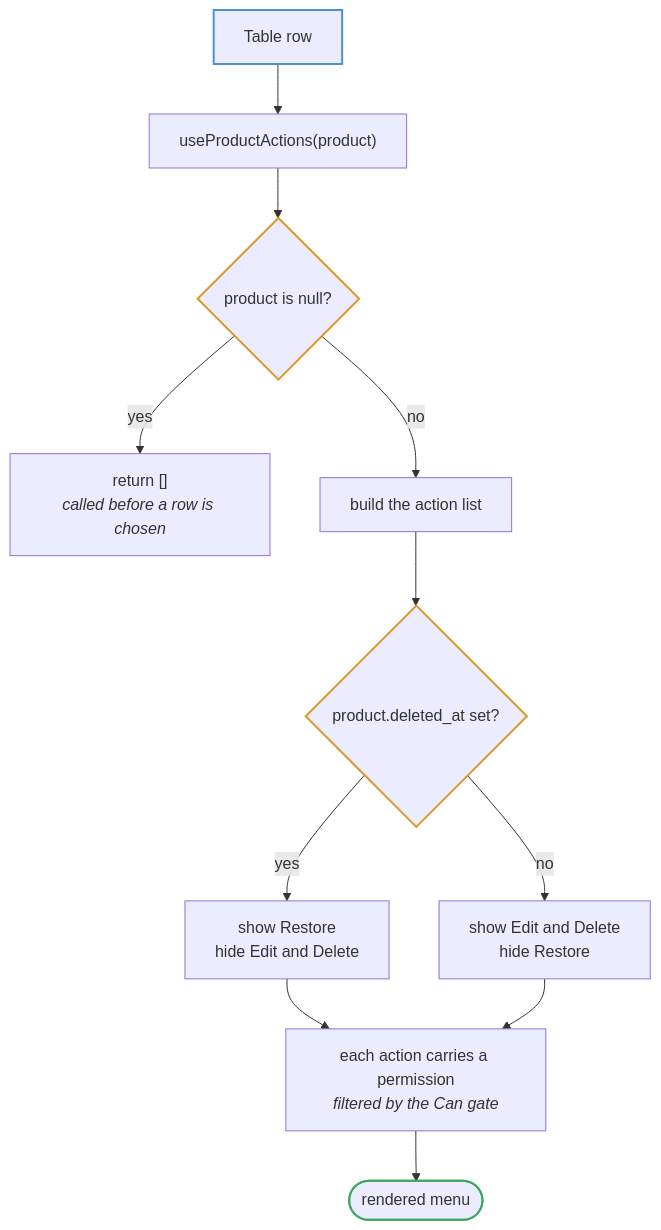
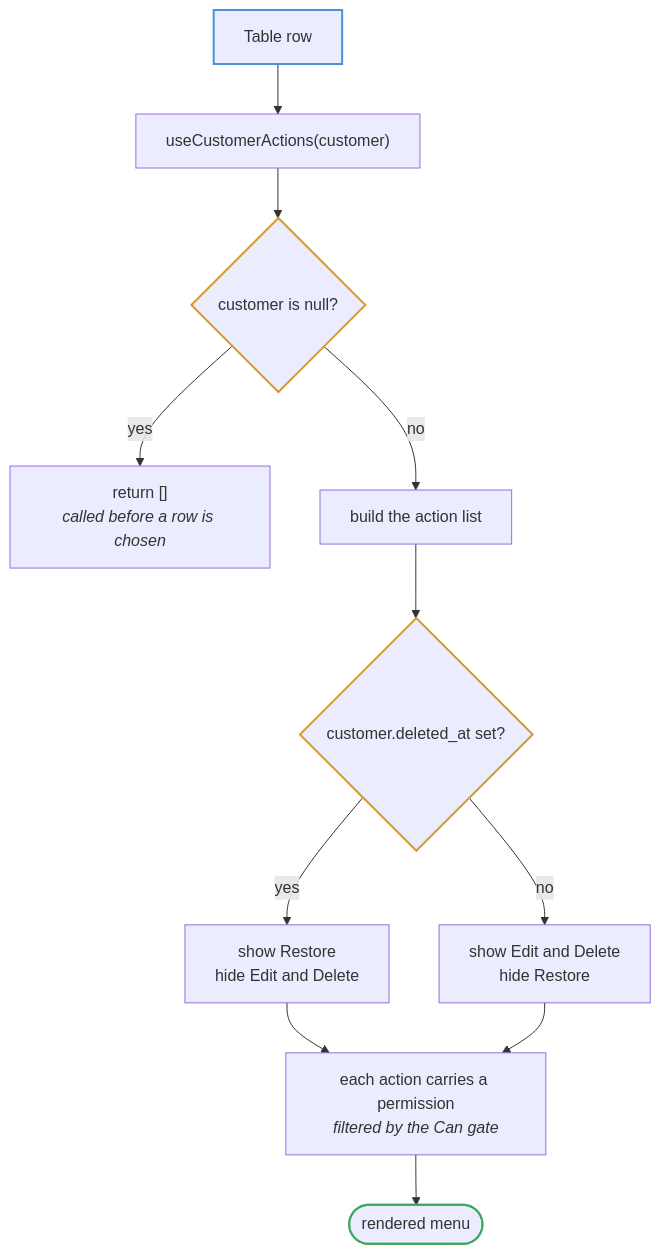
One commit to TGCTZ/TGC-SERVICE-FRONTEND changed the fourth of 4 diagrams in docs/diagrams/list-table-flow.md. Above: the diagram before and after it, drawn with Mermaid. The commit also changed other lines of this file and 18 other files, not shown here.

````diff
--- a/docs/diagrams/list-table-flow.md
+++ b/docs/diagrams/list-table-flow.md
@@ -91,21 +91,21 @@
 ```mermaid
 flowchart TD
-    ROW["Table row"] --> HOOK["useProductActions(product)"]
-    HOOK --> NULLCHK{"product is null?"}
+    ROW["Table row"] --> HOOK["useCustomerActions(customer)"]
+    HOOK --> NULLCHK{"customer is null?"}
     NULLCHK -->|yes| EMPTY["return []<br/><i>called before a row is chosen</i>"]
     NULLCHK -->|no| LIST["build the action list"]
 
-    LIST --> DELETED{"product.deleted_at set?"}
+    LIST --> DELETED{"customer.deleted_at set?"}
     DELETED -->|yes| SHOWR["show Restore<br/>hide Edit and Delete"]
     DELETED -->|no| SHOWD["show Edit and Delete<br/>hide Restore"]
 
     SHOWR --> GATE
     SHOWD --> GATE
     GATE["each action carries a permission<br/><i>filtered by the Can gate</i>"]
     GATE --> MENU(["rendered menu"])
 
     style ROW stroke:#4d90d9,stroke-width:2px
     style NULLCHK stroke:#d99a2b,stroke-width:2px
     style DELETED stroke:#d99a2b,stroke-width:2px
     style MENU stroke:#3fa860,stroke-width:2px
 ```
````
